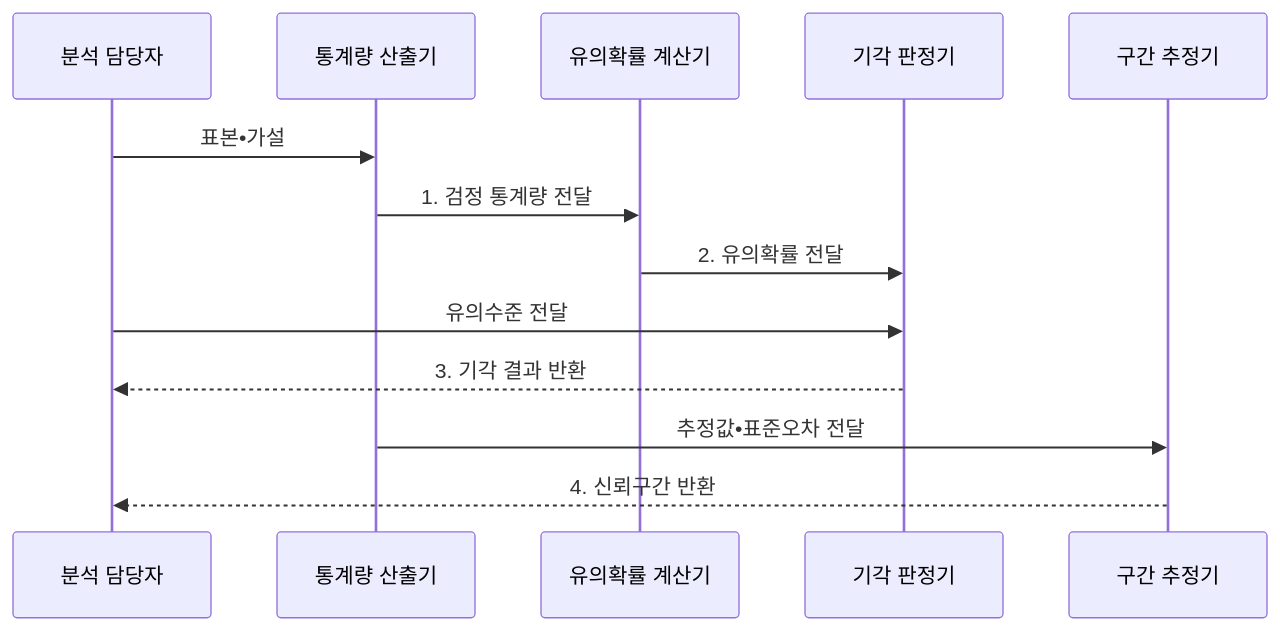
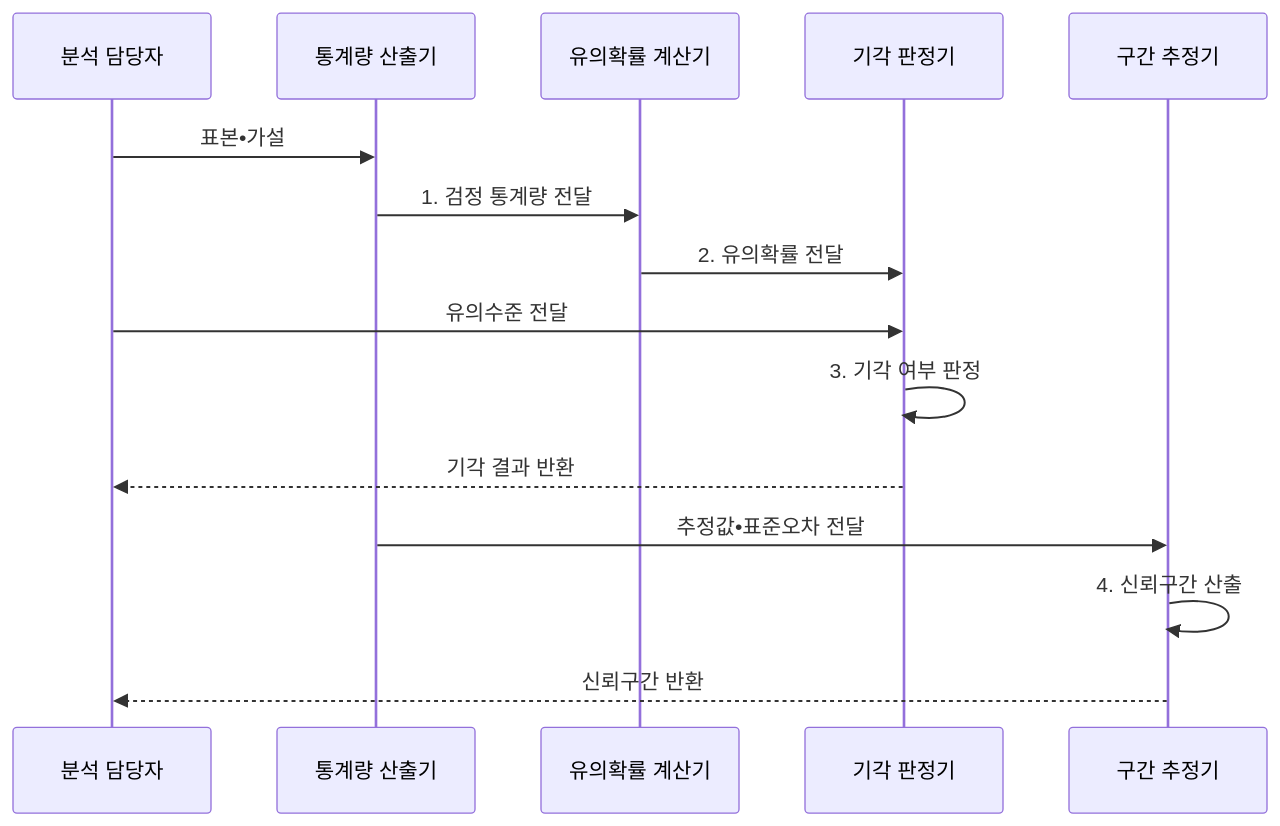
One commit to agnusdei1207/knowledge-base changed the second of 2 diagrams in src/content/docs/notes/01-basic-theory/033_hypothesis_testing.md. Above: the diagram before and after it, drawn with Mermaid. The commit also changed other lines of this file and 20 other files, not shown here.

````diff
--- a/src/content/docs/notes/01-basic-theory/033_hypothesis_testing.md
+++ b/src/content/docs/notes/01-basic-theory/033_hypothesis_testing.md
@@ -87,15 +87,17 @@
 ```mermaid
 sequenceDiagram
     participant A as 분석 담당자
     participant T as 통계량 산출기
     participant P as 유의확률 계산기
     participant J as 기각 판정기
     participant C as 구간 추정기
     A->>T: 표본•가설
     T->>P: 1. 검정 통계량 전달
     P->>J: 2. 유의확률 전달
     A->>J: 유의수준 전달
-    J-->>A: 3. 기각 결과 반환
+    J->>J: 3. 기각 여부 판정
+    J-->>A: 기각 결과 반환
     T->>C: 추정값•표준오차 전달
-    C-->>A: 4. 신뢰구간 반환
+    C->>C: 4. 신뢰구간 산출
+    C-->>A: 신뢰구간 반환
 ```
````
